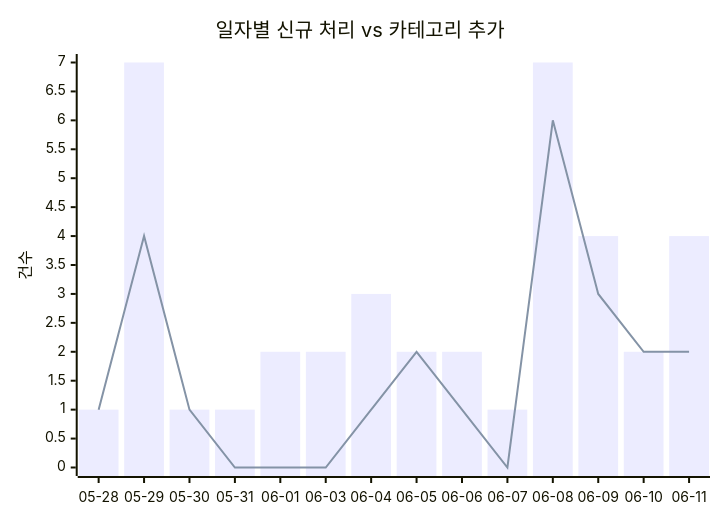
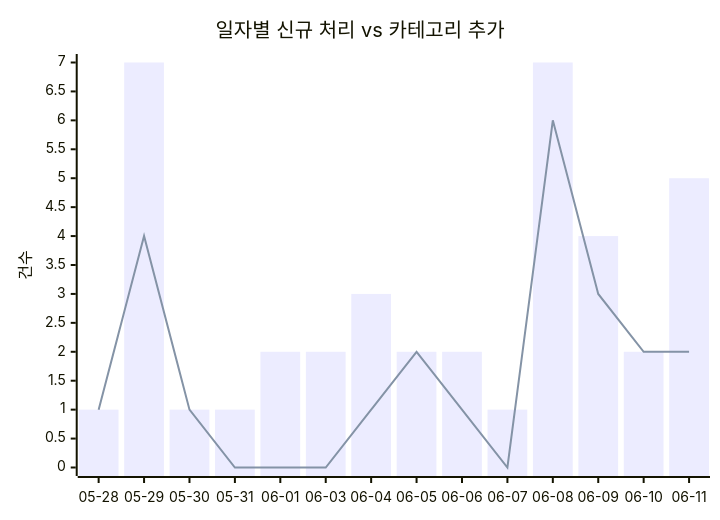
One commit to J-nowcow/awesome-korean-agent-skills changed the first of 2 diagrams in docs/trends.md. Above: the diagram before and after it, drawn with Mermaid. The commit also changed other lines of this file and 2 other files, not shown here.

````diff
--- a/docs/trends.md
+++ b/docs/trends.md
@@ -32,8 +32,8 @@
 ```mermaid
 xychart-beta
     title "일자별 신규 처리 vs 카테고리 추가"
     x-axis ["05-28","05-29","05-30","05-31","06-01","06-03","06-04","06-05","06-06","06-07","06-08","06-09","06-10","06-11"]
     y-axis "건수"
-    bar [1,7,1,1,2,2,3,2,2,1,7,4,2,4]
+    bar [1,7,1,1,2,2,3,2,2,1,7,4,2,5]
     line [1,4,1,0,0,0,1,2,1,0,6,3,2,2]
 ```
````
